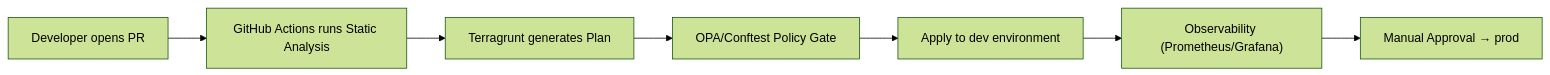
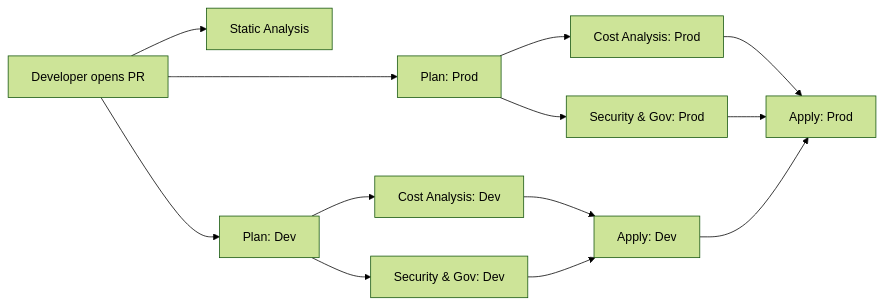
Before and after one commit to ok-karthik/enterprise-aws-infrastructure-terragrunt: the second of 2 diagrams in README.md, drawn with Mermaid (forest theme). The commit also changed other lines of this file and 2 other files, not shown here.

Commit message:
docs: update architecture diagrams and governance rules

````diff
--- a/README.md
+++ b/README.md
@@ -94,9 +94,17 @@
 ```mermaid
 graph LR
-    A[Developer opens PR] --> B[GitHub Actions runs Static Analysis]
-    B --> C[Terragrunt generates Plan]
-    C --> D[OPA/Conftest Policy Gate]
-    D --> E[Apply to dev environment]
-    E --> F["Observability (Prometheus/Grafana)"]
-    F --> G["Manual Approval → prod"]
+    PR[Developer opens PR] --> SA[Static Analysis]
+    PR --> PD[Plan: Dev]
+    PR --> PP[Plan: Prod]
+
+    PD --> CD[Cost Analysis: Dev]
+    PD --> SD[Security & Gov: Dev]
+
+    PP --> CP[Cost Analysis: Prod]
+    PP --> SP[Security & Gov: Prod]
+
+    CD & SD --> AD[Apply: Dev]
+    CP & SP --> AP[Apply: Prod]
+
+    AD --> AP
 ```
````
